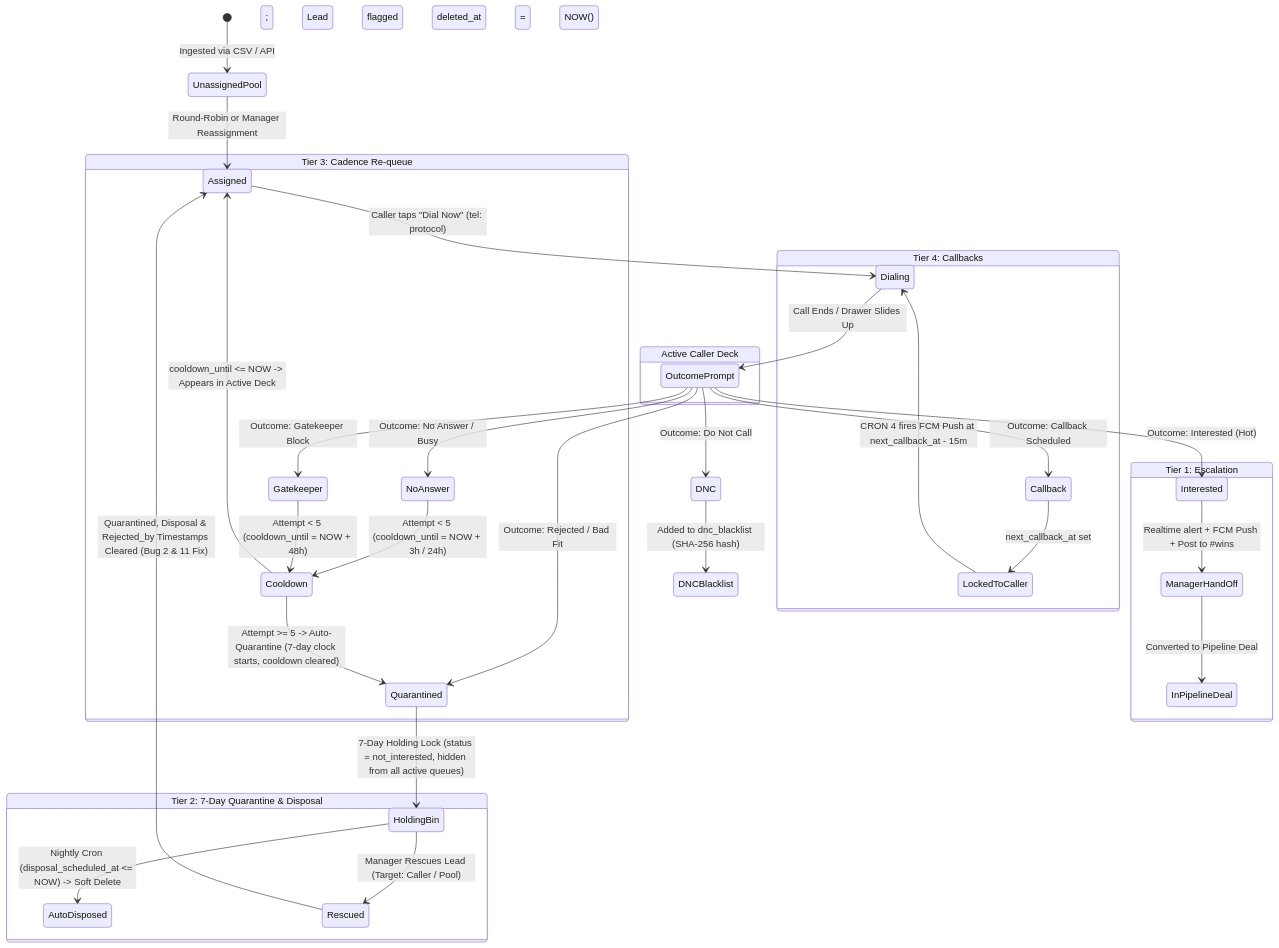
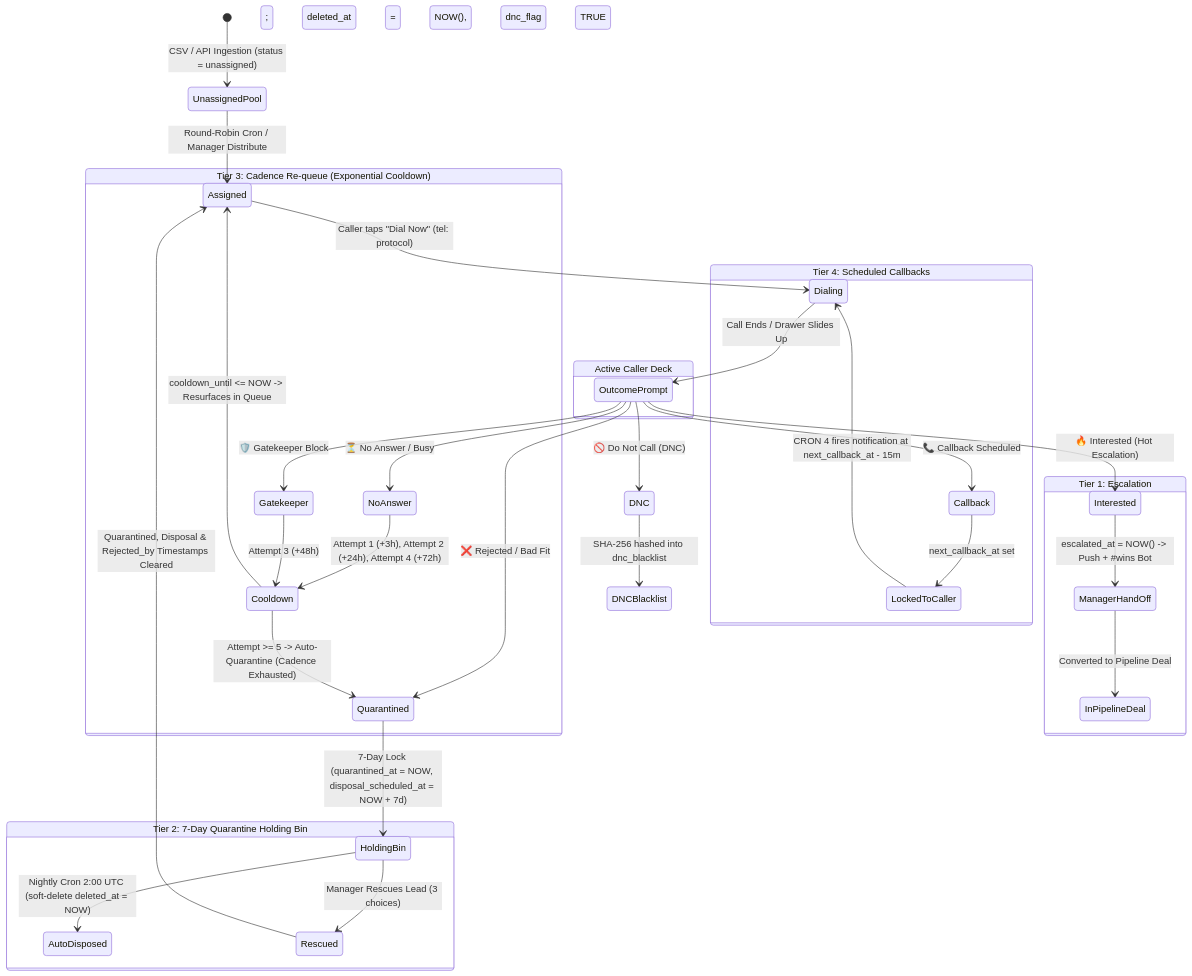
The diagram in pinsite_mobile_team_lifecycle_blueprint.md (itsdecoding/pinsite), drawn with Mermaid before and after one commit. The commit also changed other lines of this file, not shown here.

````diff
--- a/pinsite_mobile_team_lifecycle_blueprint.md
+++ b/pinsite_mobile_team_lifecycle_blueprint.md
@@ -24,43 +53,43 @@
 ```mermaid
 stateDiagram-v2
-    [*] --> UnassignedPool : Ingested via CSV / API
-    UnassignedPool --> Assigned : Round-Robin or Manager Reassignment
+    [*] --> UnassignedPool : CSV / API Ingestion (status = unassigned)
+    UnassignedPool --> Assigned : Round-Robin Cron / Manager Distribute
     
     state "Active Caller Deck" as Deck {
         Assigned --> Dialing : Caller taps "Dial Now" (tel: protocol)
         Dialing --> OutcomePrompt : Call Ends / Drawer Slides Up
     }
 
-    OutcomePrompt --> Interested : Outcome: Interested (Hot)
-    OutcomePrompt --> Callback : Outcome: Callback Scheduled
-    OutcomePrompt --> NoAnswer : Outcome: No Answer / Busy
-    OutcomePrompt --> Gatekeeper : Outcome: Gatekeeper Block
-    OutcomePrompt --> Quarantined : Outcome: Rejected / Bad Fit
-    OutcomePrompt --> DNC : Outcome: Do Not Call
+    OutcomePrompt --> Interested : 🔥 Interested (Hot Escalation)
+    OutcomePrompt --> Callback : 📞 Callback Scheduled
+    OutcomePrompt --> NoAnswer : ⏳ No Answer / Busy
+    OutcomePrompt --> Gatekeeper : 🛡️ Gatekeeper Block
+    OutcomePrompt --> Quarantined : ❌ Rejected / Bad Fit
+    OutcomePrompt --> DNC : 🚫 Do Not Call (DNC)
 
     state "Tier 1: Escalation" as T1 {
-        Interested --> ManagerHandOff : Realtime alert + FCM Push + Post to #wins
+        Interested --> ManagerHandOff : escalated_at = NOW() -> Push + #wins Bot
         ManagerHandOff --> InPipelineDeal : Converted to Pipeline Deal
     }
 
-    state "Tier 2: 7-Day Quarantine & Disposal" as T2 {
-        Quarantined --> HoldingBin : 7-Day Holding Lock (status = not_interested, hidden from all active queues)
-        HoldingBin --> AutoDisposed : Nightly Cron (disposal_scheduled_at <= NOW) -> Soft Delete
-        HoldingBin --> Rescued : Manager Rescues Lead (Target: Caller / Pool)
-        Rescued --> Assigned : Quarantined, Disposal & Rejected_by Timestamps Cleared (Bug 2 & 11 Fix)
+    state "Tier 2: 7-Day Quarantine Holding Bin" as T2 {
+        Quarantined --> HoldingBin : 7-Day Lock (quarantined_at = NOW, disposal_scheduled_at = NOW + 7d)
+        HoldingBin --> AutoDisposed : Nightly Cron 2:00 UTC (soft-delete deleted_at = NOW)
+        HoldingBin --> Rescued : Manager Rescues Lead (3 choices)
+        Rescued --> Assigned : Quarantined, Disposal & Rejected_by Timestamps Cleared
     }
 
-    state "Tier 3: Cadence Re-queue" as T3 {
-        NoAnswer --> Cooldown : Attempt < 5 (cooldown_until = NOW + 3h / 24h)
-        Gatekeeper --> Cooldown : Attempt < 5 (cooldown_until = NOW + 48h)
-        Cooldown --> Assigned : cooldown_until <= NOW -> Appears in Active Deck
-        Cooldown --> Quarantined : Attempt >= 5 -> Auto-Quarantine (7-day clock starts, cooldown cleared)
+    state "Tier 3: Cadence Re-queue (Exponential Cooldown)" as T3 {
+        NoAnswer --> Cooldown : Attempt 1 (+3h), Attempt 2 (+24h), Attempt 4 (+72h)
+        Gatekeeper --> Cooldown : Attempt 3 (+48h)
+        Cooldown --> Assigned : cooldown_until <= NOW -> Resurfaces in Queue
+        Cooldown --> Quarantined : Attempt >= 5 -> Auto-Quarantine (Cadence Exhausted)
     }
 
-    state "Tier 4: Callbacks" as T4 {
+    state "Tier 4: Scheduled Callbacks" as T4 {
         Callback --> LockedToCaller : next_callback_at set
-        LockedToCaller --> Dialing : CRON 4 fires FCM Push at next_callback_at - 15m
+        LockedToCaller --> Dialing : CRON 4 fires notification at next_callback_at - 15m
     }
 
-    DNC --> DNCBlacklist : Added to dnc_blacklist (SHA-256 hash); Lead flagged deleted_at = NOW()
+    DNC --> DNCBlacklist : SHA-256 hashed into dnc_blacklist; deleted_at = NOW(), dnc_flag = TRUE
 ```
````
